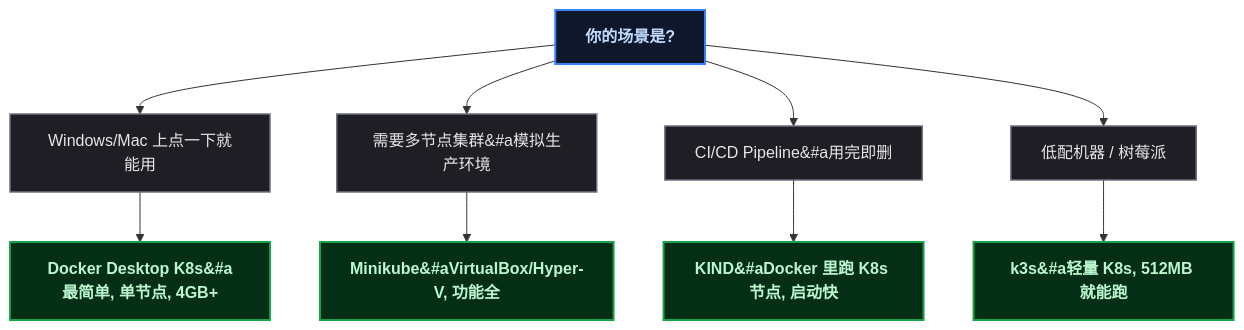
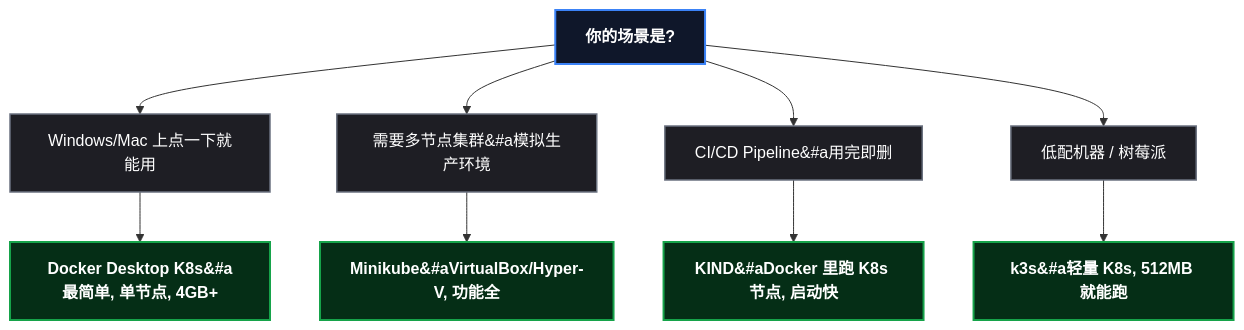
Before and after one commit to yaocat55/yaocat55.github.io: the third of 5 diagrams in content/posts/kubernetes/K8sDeveloperPanorama.md, drawn with Mermaid. The commit also changed other lines of this file and 27 other files, not shown here.

Commit message:
docs: 全系列 93 张 Mermaid 图 classDef 改为 style 强制深底白字(修复部分渲染器白底浅字)+历史文件格式清理

````diff
--- a/content/posts/kubernetes/K8sDeveloperPanorama.md
+++ b/content/posts/kubernetes/K8sDeveloperPanorama.md
@@ -300,22 +291,22 @@
 ```mermaid
 flowchart TD
   Q1["你的场景是?"]
   Q1 --> A["Windows/Mac 上点一下就能用"]
   Q1 --> B["需要多节点集群&#a模拟生产环境"]
   Q1 --> C["CI/CD Pipeline&#a用完即删"]
   Q1 --> D["低配机器 / 树莓派"]
 
   A --> A1["Docker Desktop K8s&#a最简单, 单节点, 4GB+"]
   B --> B1["Minikube&#aVirtualBox/Hyper-V, 功能全"]
   C --> C1["KIND&#aDocker 里跑 K8s 节点, 启动快"]
   D --> D1["k3s&#a轻量 K8s, 512MB 就能跑"]
-
-classDef q fill:#0f172a,stroke:#3b82f6,stroke-width:2px,color:#bfdbfe,font-weight:bold;
-  class Q1 q
-
-classDef a fill:#052e16,stroke:#16a34a,stroke-width:2px,color:#bbf7d0,font-weight:bold;
-  class A1,B1,C1,D1 a
-
-classDef scene fill:#1e1e24,stroke:#6b7280,stroke-width:1.5px,color:#e5e7eb;
-  class A,B,C,D scene
+    style Q1 fill:#0f172a,stroke:#3b82f6,stroke-width:2px,color:#ffffff,font-weight:bold
+    style A1 fill:#052e16,stroke:#16a34a,stroke-width:2px,color:#ffffff,font-weight:bold
+    style B1 fill:#052e16,stroke:#16a34a,stroke-width:2px,color:#ffffff,font-weight:bold
+    style C1 fill:#052e16,stroke:#16a34a,stroke-width:2px,color:#ffffff,font-weight:bold
+    style D1 fill:#052e16,stroke:#16a34a,stroke-width:2px,color:#ffffff,font-weight:bold
+    style A fill:#1e1e24,stroke:#6b7280,stroke-width:1.5px,color:#ffffff
+    style B fill:#1e1e24,stroke:#6b7280,stroke-width:1.5px,color:#ffffff
+    style C fill:#1e1e24,stroke:#6b7280,stroke-width:1.5px,color:#ffffff
+    style D fill:#1e1e24,stroke:#6b7280,stroke-width:1.5px,color:#ffffff
 ```
````
